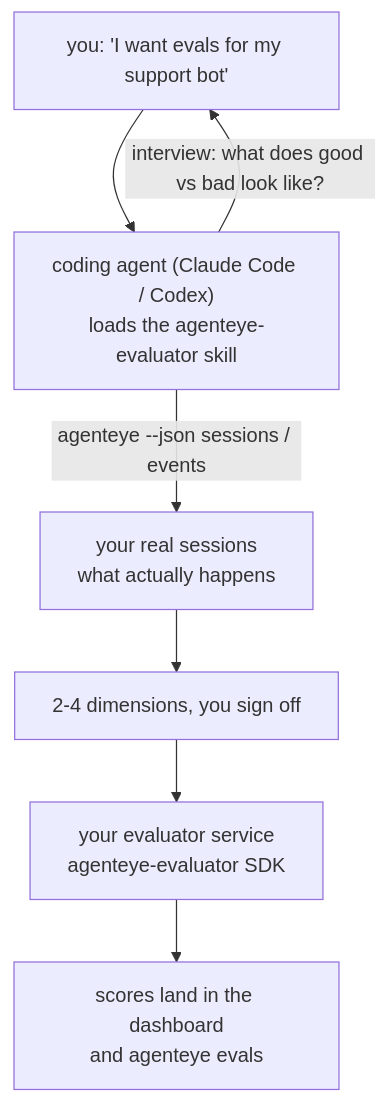
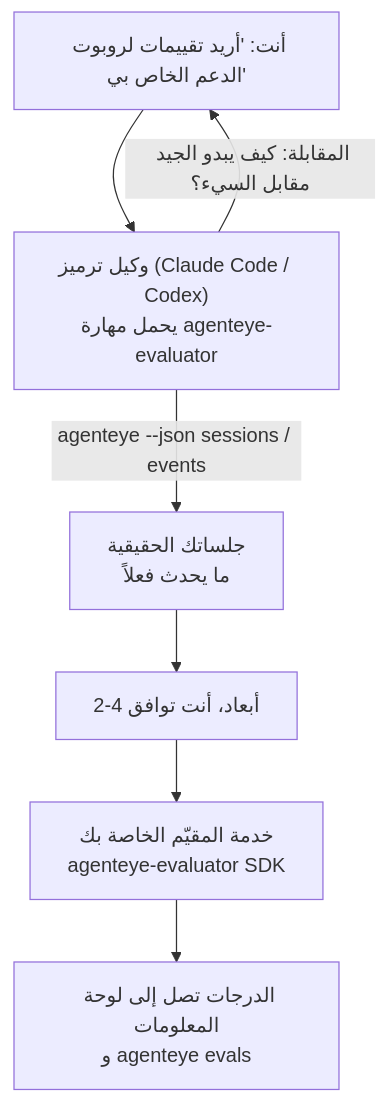
One commit to FailproofAI/failproofai changed the diagram in docs/ar/agenteye/evaluator-skill.mdx. Above: the diagram before and after it, drawn with Mermaid. The commit also changed other lines of this file and 651 other files, not shown here.

````diff
--- a/docs/ar/agenteye/evaluator-skill.mdx
+++ b/docs/ar/agenteye/evaluator-skill.mdx
@@ -22,9 +21,9 @@
 ```mermaid
 flowchart TD
-    YOU["you: 'I want evals for my support bot'"] --> AGENT["coding agent (Claude Code / Codex)<br/>loads the agenteye-evaluator skill"]
-    AGENT -->|"interview: what does good vs bad look like?"| YOU
-    AGENT -->|"agenteye --json sessions / events"| DATA["your real sessions<br/>what actually happens"]
-    DATA --> DIMS["2-4 dimensions, you sign off"]
-    DIMS --> SVC["your evaluator service<br/>agenteye-evaluator SDK"]
-    SVC --> SCORES["scores land in the dashboard<br/>and agenteye evals"]
+    YOU["أنت: 'أريد تقييمات لروبوت الدعم الخاص بي'"] --> AGENT["وكيل ترميز (Claude Code / Codex)<br/>يحمل مهارة agenteye-evaluator"]
+    AGENT -->|"المقابلة: كيف يبدو الجيد مقابل السيء؟"| YOU
+    AGENT -->|"agenteye --json sessions / events"| DATA["جلساتك الحقيقية<br/>ما يحدث فعلاً"]
+    DATA --> DIMS["2-4 أبعاد، أنت توافق"]
+    DIMS --> SVC["خدمة المقيّم الخاصة بك<br/>agenteye-evaluator SDK"]
+    SVC --> SCORES["الدرجات تصل إلى لوحة المعلومات<br/>و agenteye evals"]
 ```
````
